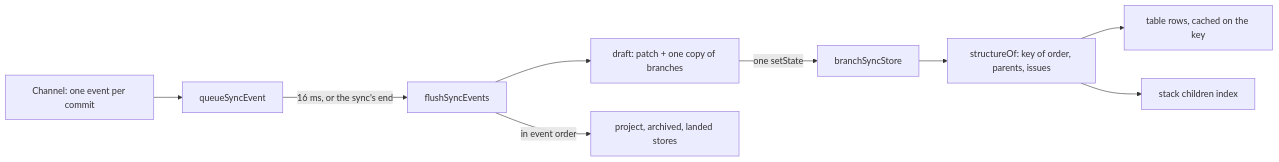
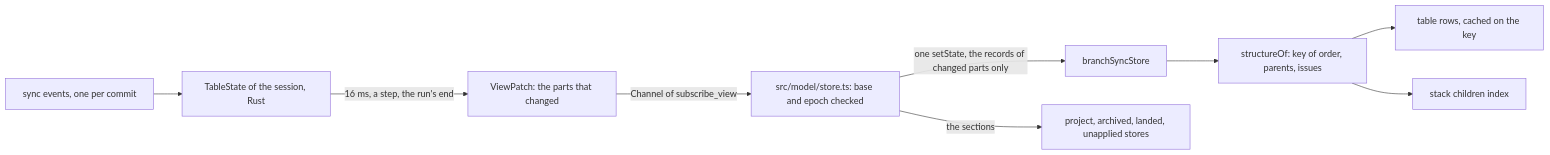
Before and after one commit to develar/branch-deck: the diagram in docs/design/rendering-performance.md, drawn with Mermaid. The commit also changed other lines of this file and 86 other files, not shown here.

````diff
--- a/docs/design/rendering-performance.md
+++ b/docs/design/rendering-performance.md
@@ -35,11 +36,11 @@
 ```mermaid
 flowchart LR
-    C[Channel: one event per commit] --> Q[queueSyncEvent]
-    Q -->|16 ms, or the sync's end| F[flushSyncEvents]
-    F --> D[draft: patch + one copy of branches]
-    D -->|one setState| S[branchSyncStore]
-    F -->|in event order| O[project, archived, landed stores]
+    E[sync events, one per commit] --> T[TableState of the session, Rust]
+    T -->|16 ms, a step, the run's end| P[ViewPatch: the parts that changed]
+    P -->|"Channel of subscribe_view"| A[src/model/store.ts: base and epoch checked]
+    A -->|one setState, the records of changed parts only| S[branchSyncStore]
+    A -->|the sections| O[project, archived, landed, unapplied stores]
     S --> R[structureOf: key of order, parents, issues]
-    R --> T[table rows, cached on the key]
+    R --> W[table rows, cached on the key]
     R --> K[stack children index]
 ```
````
